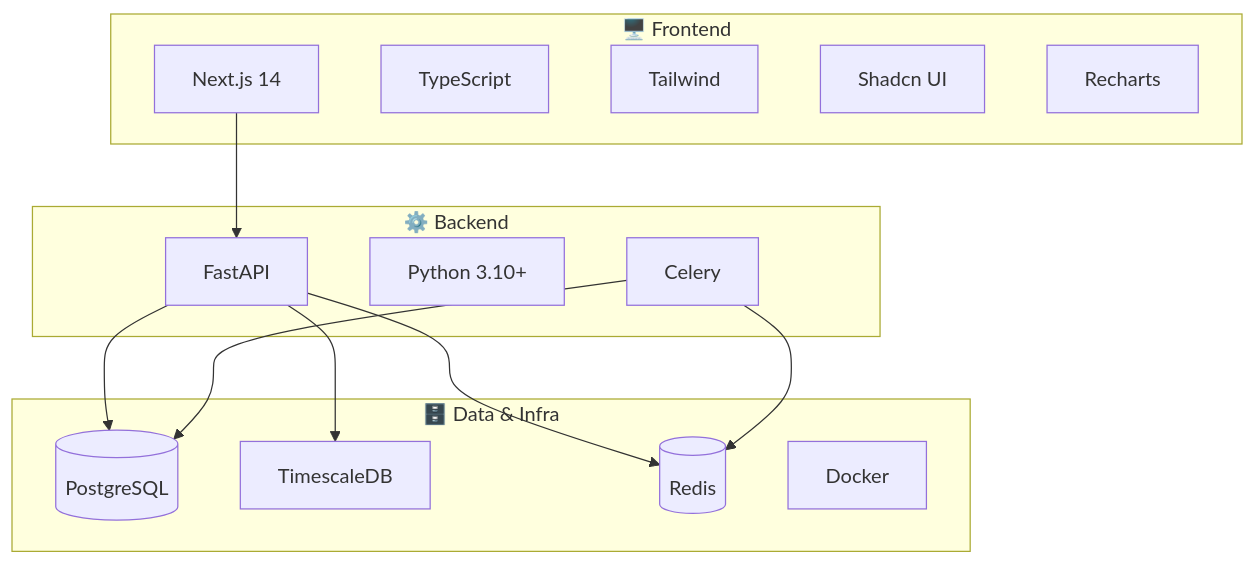
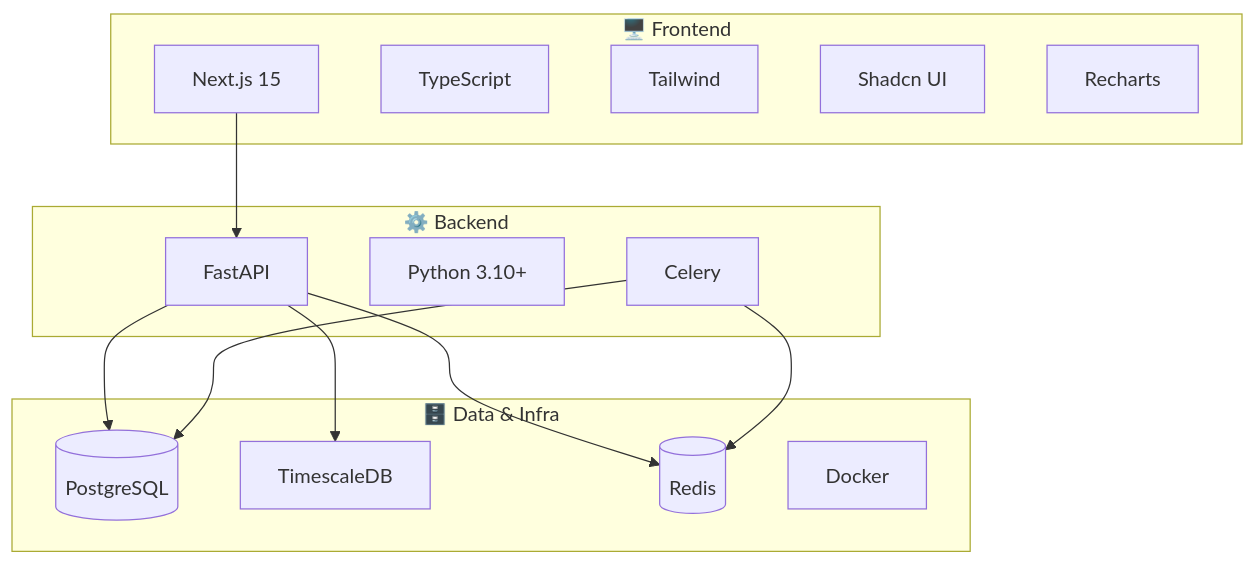
Before and after one commit to massoudsh/Findash: the third of 3 diagrams in wiki-content/Home.md, drawn with Mermaid. The commit also changed other lines of this file and 4 other files, not shown here.

````diff
--- a/wiki-content/Home.md
+++ b/wiki-content/Home.md
@@ -149,24 +159,24 @@
 ```mermaid
 flowchart TB
     subgraph Frontend["🖥️ Frontend"]
-        N[Next.js 14]
+        N[Next.js 15]
         TS[TypeScript]
         TW[Tailwind]
         SH[Shadcn UI]
         RC[Recharts]
     end
     subgraph Backend["⚙️ Backend"]
         FA[FastAPI]
         PY[Python 3.10+]
         CE[Celery]
     end
     subgraph Data["🗄️ Data & Infra"]
         PG[(PostgreSQL)]
         TDB[TimescaleDB]
         RD[(Redis)]
         DOCK[Docker]
     end
     N --> FA
     FA --> PG & TDB & RD
     CE --> PG & RD
 ```
````
